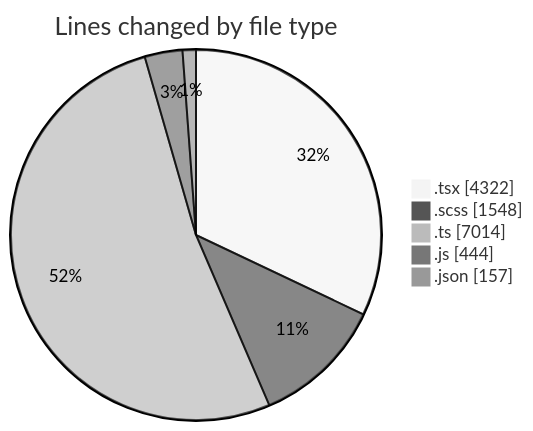
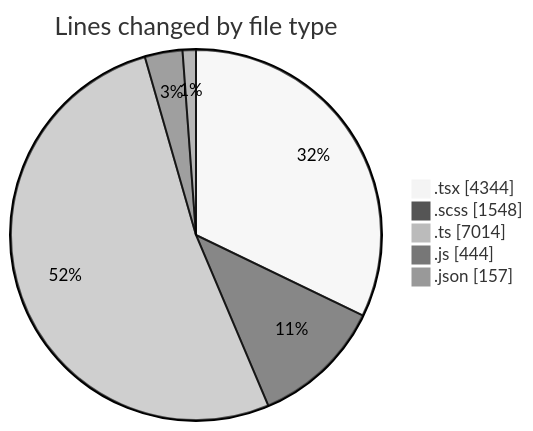
The first of 2 diagrams in 2026-04-23/cda/README.md (momahboobian/code-tracking), drawn with Mermaid (neutral theme) before and after one commit. The commit also changed other lines of this file and 1 other file, not shown here.

````diff
--- a/2026-04-23/cda/README.md
+++ b/2026-04-23/cda/README.md
@@ -44,9 +44,9 @@
 ```mermaid
 pie showData
 title Lines changed by file type
-".tsx" : 4322
+".tsx" : 4344
 ".scss" : 1548
 ".ts" : 7014
 ".js" : 444
 ".json" : 157
 ```
````
